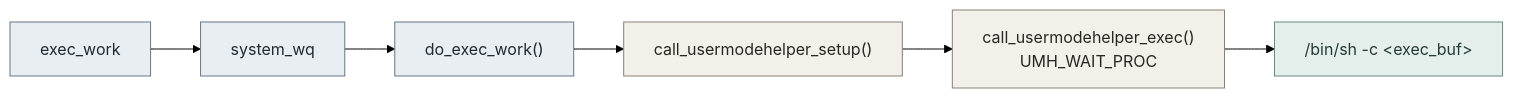
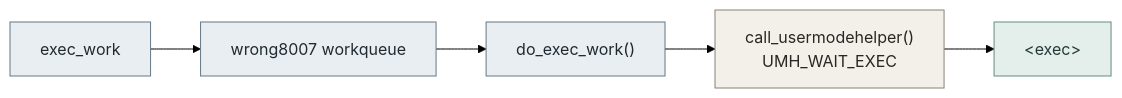
Before and after one commit to 0x48piraj/wrong8007: the fourth of 4 diagrams in docs/development.md, drawn with Mermaid (forest theme). The commit also changed other lines of this file and 4 other files, not shown here.

````diff
--- a/docs/development.md
+++ b/docs/development.md
@@ -228,23 +228,21 @@
 ```mermaid
 flowchart LR
     W["exec_work"]
-    Q["system_wq"]
+    Q["wrong8007 workqueue"]
     D["do_exec_work()"]
-    S["call_usermodehelper_setup()"]
-    E["call_usermodehelper_exec()<br/>UMH_WAIT_PROC"]
-    P["/bin/sh -c &lt;exec_buf&gt;"]
+    E["call_usermodehelper()<br/>UMH_WAIT_EXEC"]
+    P["&lt;exec&gt;"]
 
     W --> Q
     Q --> D
-    D --> S
-    S --> E
+    D --> E
     E --> P
 
     classDef core fill:#e9eef2,stroke:#657786,color:#202a30
     classDef helper fill:#f3f0ea,stroke:#8a8175,color:#292724
     classDef user fill:#e4efec,stroke:#648b83,color:#243a36
 
     class W,Q,D core
-    class S,E helper
+    class E helper
     class P user
 ```
````
